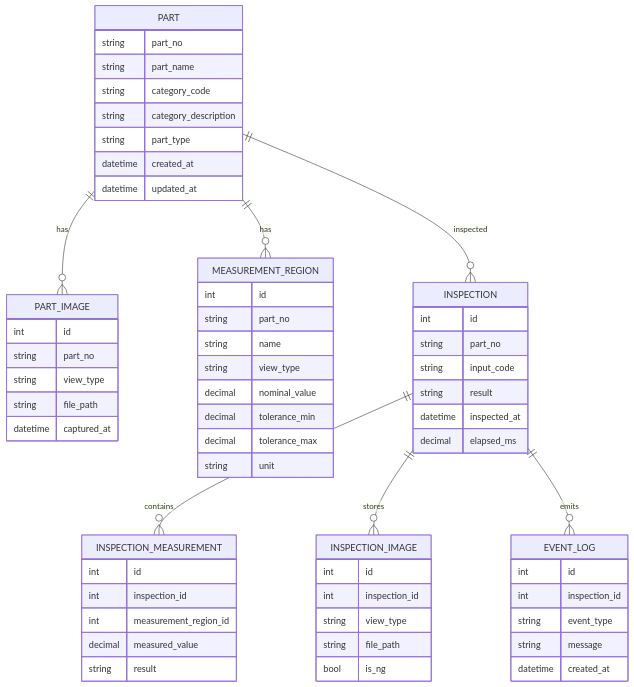
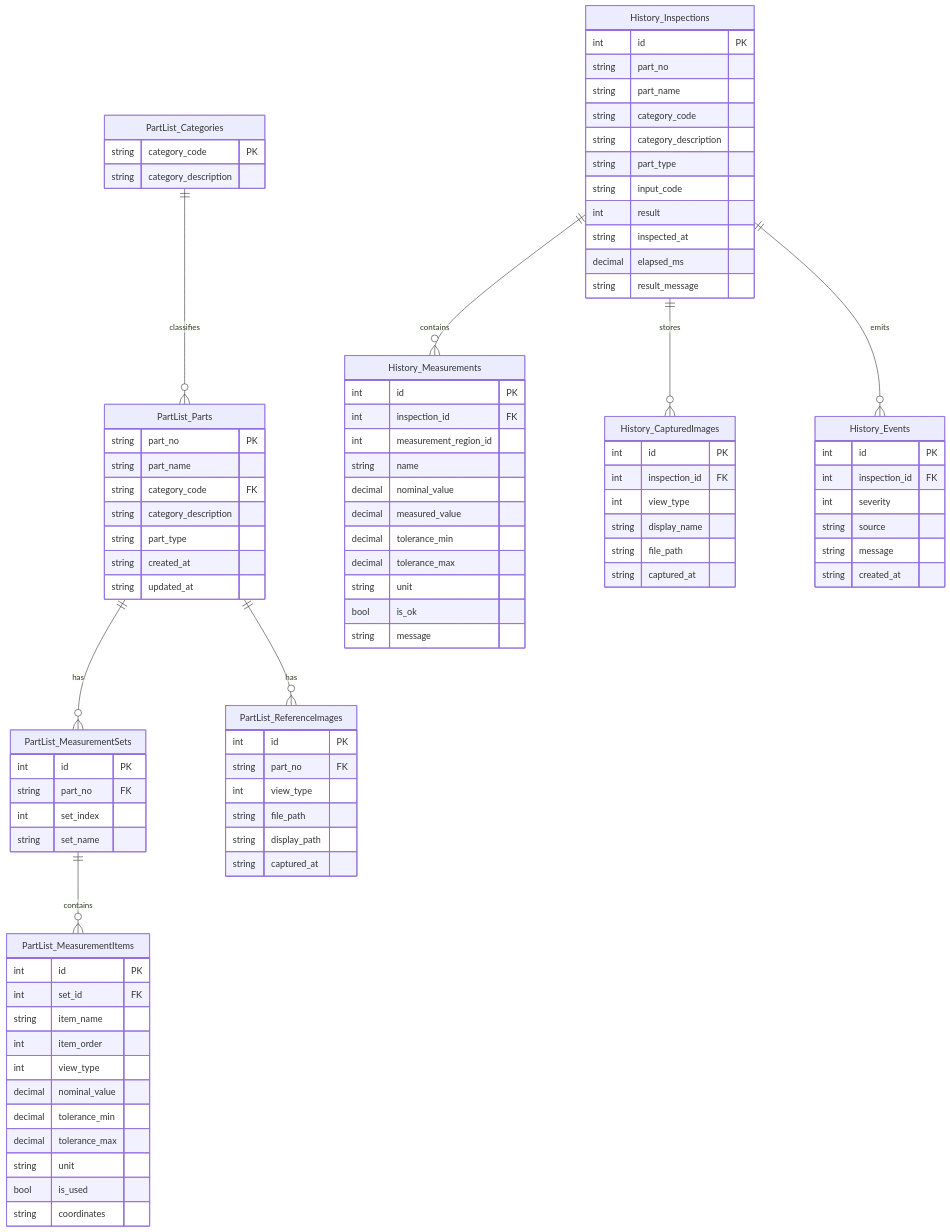
Before and after one commit to bbuasong/AI-Vision-IO-Inspector: the diagram in Docs/02-design/data-model.md, drawn with Mermaid. The commit also changed other lines of this file and 97 other files, not shown here.

Commit message:
Implement staged reference image and measurement workflow

````diff
--- a/Docs/02-design/data-model.md
+++ b/Docs/02-design/data-model.md
@@ -8,71 +9,101 @@
 ```mermaid
 erDiagram
-  PART ||--o{ PART_IMAGE : has
-  PART ||--o{ MEASUREMENT_REGION : has
-  PART ||--o{ INSPECTION : inspected
-  INSPECTION ||--o{ INSPECTION_MEASUREMENT : contains
-  INSPECTION ||--o{ INSPECTION_IMAGE : stores
-  INSPECTION ||--o{ EVENT_LOG : emits
+  PartList_Categories ||--o{ PartList_Parts : classifies
+  PartList_Parts ||--o{ PartList_MeasurementSets : has
+  PartList_MeasurementSets ||--o{ PartList_MeasurementItems : contains
+  PartList_Parts ||--o{ PartList_ReferenceImages : has
+  History_Inspections ||--o{ History_Measurements : contains
+  History_Inspections ||--o{ History_CapturedImages : stores
+  History_Inspections ||--o{ History_Events : emits
 
-  PART {
+  PartList_Categories {
+    string category_code PK
+    string category_description
+  }
+
+  PartList_Parts {
+    string part_no PK
+    string part_name
+    string category_code FK
+    string category_description
+    string part_type
+    string created_at
+    string updated_at
+  }
+
+  PartList_MeasurementSets {
+    int id PK
+    string part_no FK
+    int set_index
+    string set_name
+  }
+
+  PartList_MeasurementItems {
+    int id PK
+    int set_id FK
+    string item_name
+    int item_order
+    int view_type
+    decimal nominal_value
+    decimal tolerance_min
+    decimal tolerance_max
+    string unit
+    bool is_used
+    string coordinates
+  }
+
+  PartList_ReferenceImages {
+    int id PK
+    string part_no FK
+    int view_type
+    string file_path
+    string display_path
+    string captured_at
+  }
+
+  History_Inspections {
+    int id PK
     string part_no
     string part_name
     string category_code
     string category_description
     string part_type
-    datetime created_at
-    datetime updated_at
+    string input_code
+    int result
+    string inspected_at
+    decimal elapsed_ms
+    string result_message
   }
 
-  PART_IMAGE {
-    int id
-    string part_no
-    string view_type
-    string file_path
-    datetime captured_at
-  }
-
-  MEASUREMENT_REGION {
-    int id
-    string part_no
+  History_Measurements {
+    int id PK
+    int inspection_id FK
+    int measurement_region_id
     string name
-    string view_type
     decimal nominal_value
+    decimal measured_value
     decimal tolerance_min
     decimal tolerance_max
     string unit
+    bool is_ok
+    string message
   }
 
-  INSPECTION {
-    int id
-    string part_no
-    string input_code
-    string result
-    datetime inspected_at
-    decimal elapsed_ms
+  History_CapturedImages {
+    int id PK
+    int inspection_id FK
+    int view_type
+    string display_name
+    string file_path
+    string captured_at
   }
 
-  INSPECTION_MEASUREMENT {
-    int id
-    int inspection_id
-    int measurement_region_id
-    decimal measured_value
-    string result
-  }
-
-  INSPECTION_IMAGE {
-    int id
-    int inspection_id
-    string view_type
-    string file_path
-    bool is_ng
-  }
-
-  EVENT_LOG {
-    int id
-    int inspection_id
-    string event_type
+  History_Events {
+    int id PK
+    int inspection_id FK
+    int severity
+    string source
     string message
-    datetime created_at
+    string created_at
   }
 ```
````
